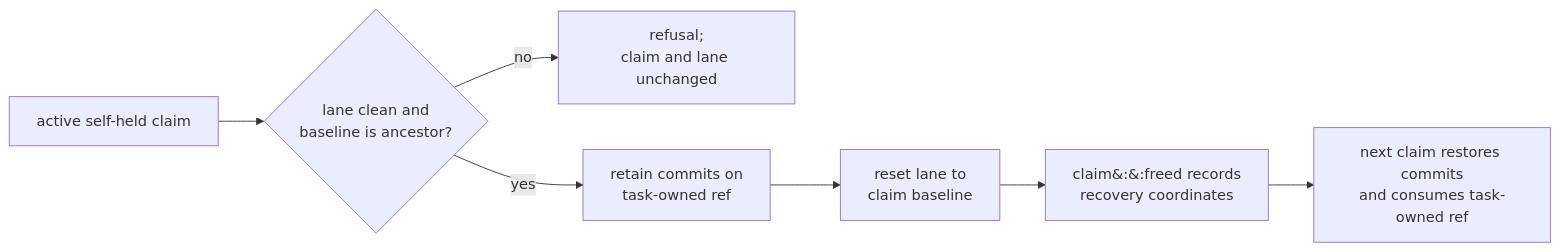
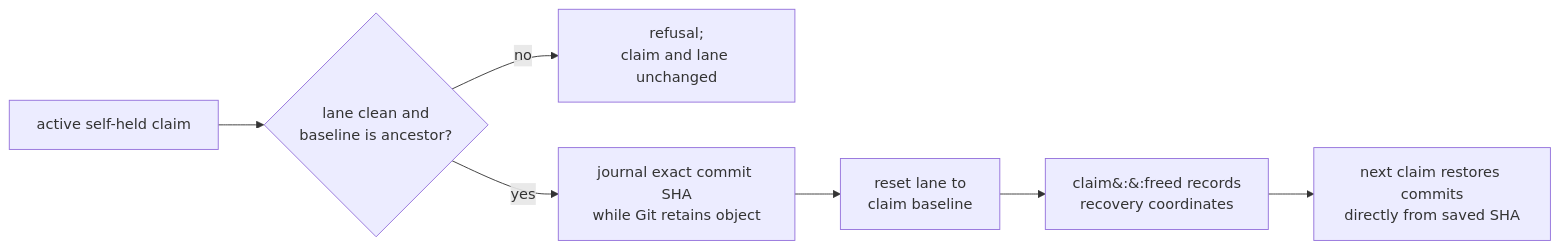
One commit to infimalabs/spice-rust changed the third of 17 diagrams in docs/product/loops.md. Above: the diagram before and after it, drawn with Mermaid. The commit also changed other lines of this file and 7 other files, not shown here.

Commit message:
Store released work by dangling commit SHA

````diff
--- a/docs/product/loops.md
+++ b/docs/product/loops.md
@@ -42,9 +42,9 @@
 ```mermaid
 flowchart LR
   A["active self-held claim"] --> C{"lane clean and<br/>baseline is ancestor?"}
   C -- no --> X["refusal;<br/>claim and lane unchanged"]
-  C -- yes --> P["retain commits on<br/>task-owned ref"]
+  C -- yes --> P["journal exact commit SHA<br/>while Git retains object"]
   P --> R["reset lane to<br/>claim baseline"]
   R --> F["claim&#58;&#58;freed records<br/>recovery coordinates"]
-  F --> N["next claim restores commits<br/>and consumes task-owned ref"]
+  F --> N["next claim restores commits<br/>directly from saved SHA"]
 ```
````
